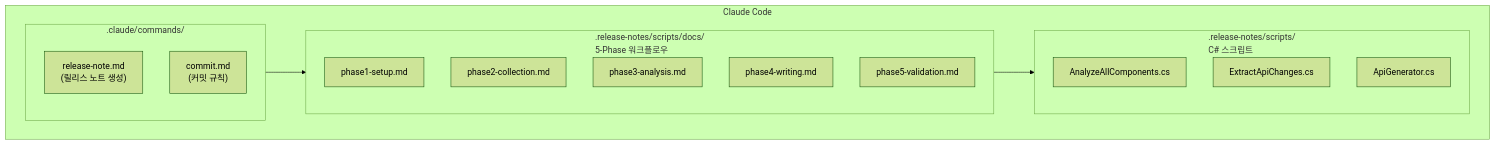
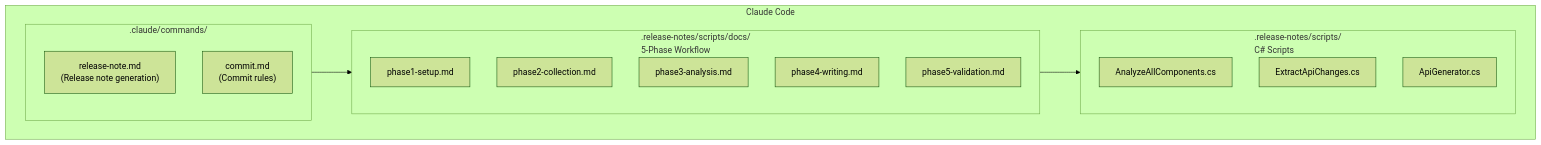
Before and after one commit to hhko/Functorium: the first of 3 diagrams in Docs.Site/src/content/docs/tutorials/release-notes-claude/part0-introduction/02-automation-overview.md, drawn with Mermaid (forest theme). The commit also changed other lines of this file and 25 other files, not shown here.

Commit message:
docs(i18n): release-notes-claude + sourcegen-observability 부분 영문 번역

````diff
--- a/Docs.Site/src/content/docs/tutorials/release-notes-claude/part0-introduction/02-automation-overview.md
+++ b/Docs.Site/src/content/docs/tutorials/release-notes-claude/part0-introduction/02-automation-overview.md
@@ -13,25 +13,25 @@
 ```mermaid
 flowchart TB
   subgraph ClaudeCode["Claude Code"]
     subgraph Commands[".claude/commands/"]
-      CMD1["release-note.md<br/>(릴리스 노트 생성)"]
-      CMD2["commit.md<br/>(커밋 규칙)"]
+      CMD1["release-note.md<br/>(Release note generation)"]
+      CMD2["commit.md<br/>(Commit rules)"]
     end
 
-    subgraph Workflow[".release-notes/scripts/docs/<br/>5-Phase 워크플로우"]
+    subgraph Workflow[".release-notes/scripts/docs/<br/>5-Phase Workflow"]
       P1["phase1-setup.md"]
       P2["phase2-collection.md"]
       P3["phase3-analysis.md"]
       P4["phase4-writing.md"]
       P5["phase5-validation.md"]
     end
 
-    subgraph Scripts[".release-notes/scripts/<br/>C# 스크립트"]
+    subgraph Scripts[".release-notes/scripts/<br/>C# Scripts"]
       S1["AnalyzeAllComponents.cs"]
       S2["ExtractApiChanges.cs"]
       S3["ApiGenerator.cs"]
     end
 
     Commands --> Workflow --> Scripts
   end
 ```
````
